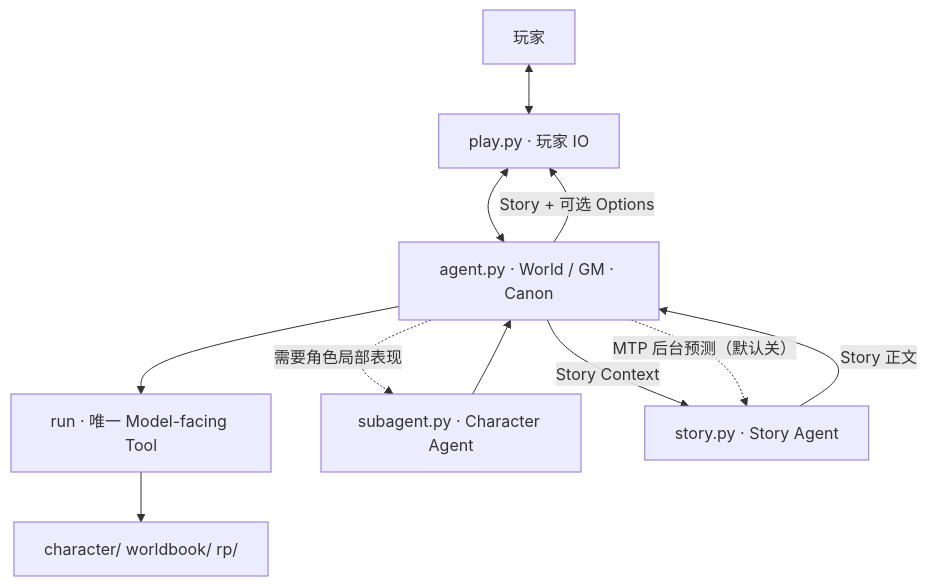
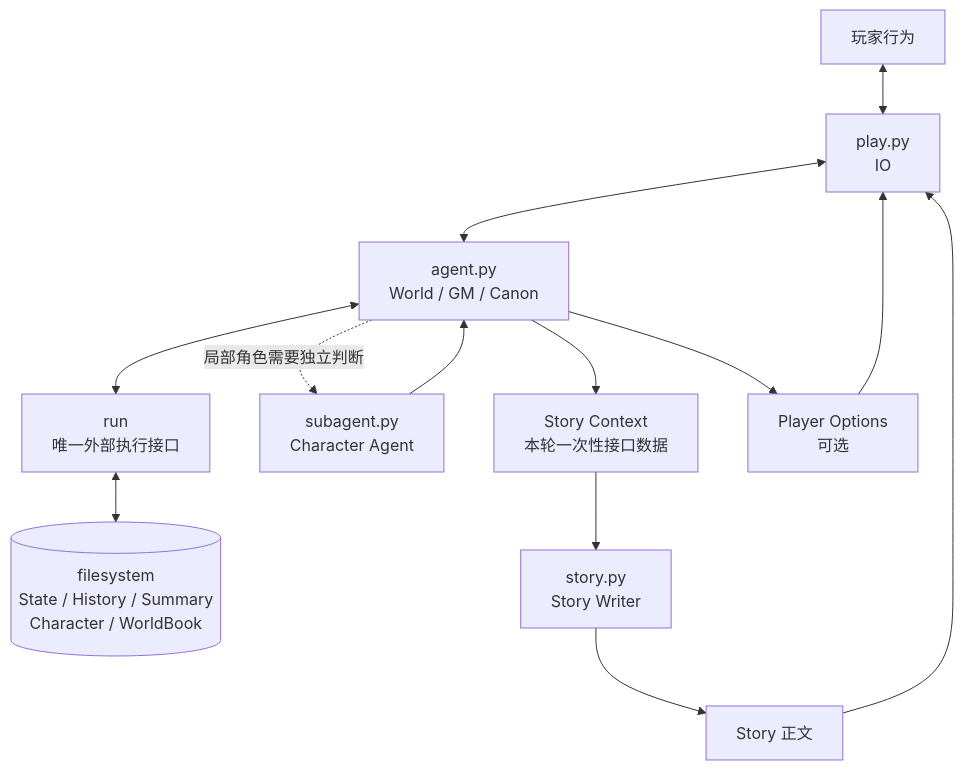
The first of 19 diagrams in README.md (Xiyinnnnnn/RP-agent), drawn with Mermaid before and after one commit. The commit also changed other lines of this file, not shown here.

````diff
--- a/README.md
+++ b/README.md
@@ -10,13 +23,26 @@
 ```mermaid
 flowchart TB
-    P["玩家"] <--> Play["play.py · 玩家 IO"]
-    Play <--> Agent["agent.py · World / GM · Canon"]
-    Agent --> Run["run · 唯一 Model-facing Tool"]
-    Run --> FS["character/ worldbook/ rp/"]
-    Agent -. "需要角色局部表现" .-> Sub["subagent.py · Character Agent"]
-    Sub --> Agent
-    Agent -- "Story Context" --> Story["story.py · Story Agent"]
-    Story -- "Story 正文" --> Agent
-    Agent -. "MTP 后台预测（默认关）" .-> Story
-    Agent -- "Story + 可选 Options" --> Play
+    U[玩家行为]
+    P[play.py<br/>IO]
+    G[agent.py<br/>World / GM / Canon]
+    R[run<br/>唯一外部执行接口]
+    FS[(filesystem<br/>State / History / Summary<br/>Character / WorldBook)]
+    C[subagent.py<br/>Character Agent]
+    X[Story Context<br/>本轮一次性接口数据]
+    S[story.py<br/>Story Writer]
+    O[Story 正文]
+    OP[Player Options<br/>可选]
+
+    U <--> P
+    P <--> G
+    G <--> R
+    R <--> FS
+    G -.局部角色需要独立判断.-> C
+    C --> G
+    G --> X
+    X --> S
+    S --> O
+    G --> OP
+    O --> P
+    OP --> P
 ```
````
